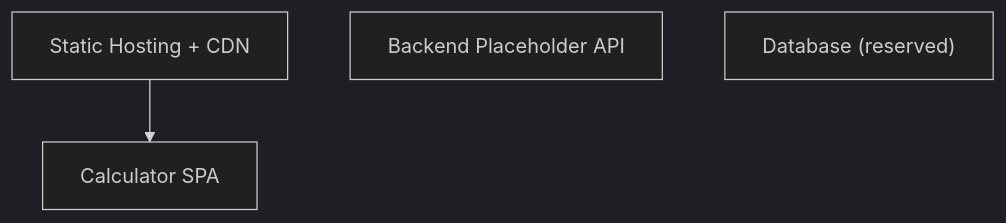
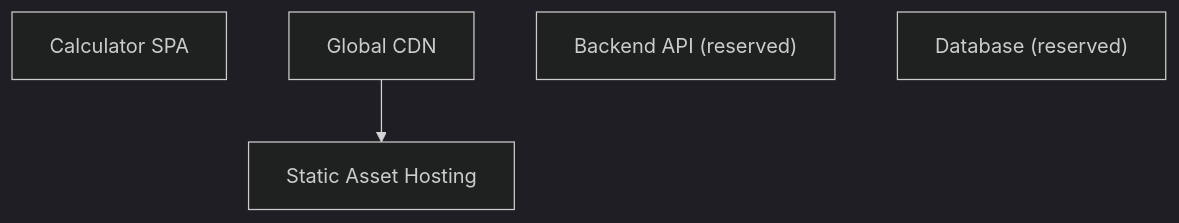
The first of 5 diagrams in docs/sdlc/architecture/README.md (satya1802/simple-calculator-2), drawn with Mermaid (dark theme) before and after one commit. The commit also changed other lines of this file and 8 other files, not shown here.

````diff
--- a/docs/sdlc/architecture/README.md
+++ b/docs/sdlc/architecture/README.md
@@ -148,8 +130,9 @@
 ```mermaid
 graph TD
-  c_spa["Calculator SPA"]
-  c_static_host["Static Hosting + CDN"]
-  c_backend["Backend Placeholder API"]
-  c_db["Database (reserved)"]
-  c_static_host --> c_spa
+  c_calculator_spa["Calculator SPA"]
+  c_static_hosting["Static Asset Hosting"]
+  c_cdn["Global CDN"]
+  c_backend_api["Backend API (reserved)"]
+  c_database["Database (reserved)"]
+  c_cdn --> c_static_hosting
 ```
````
